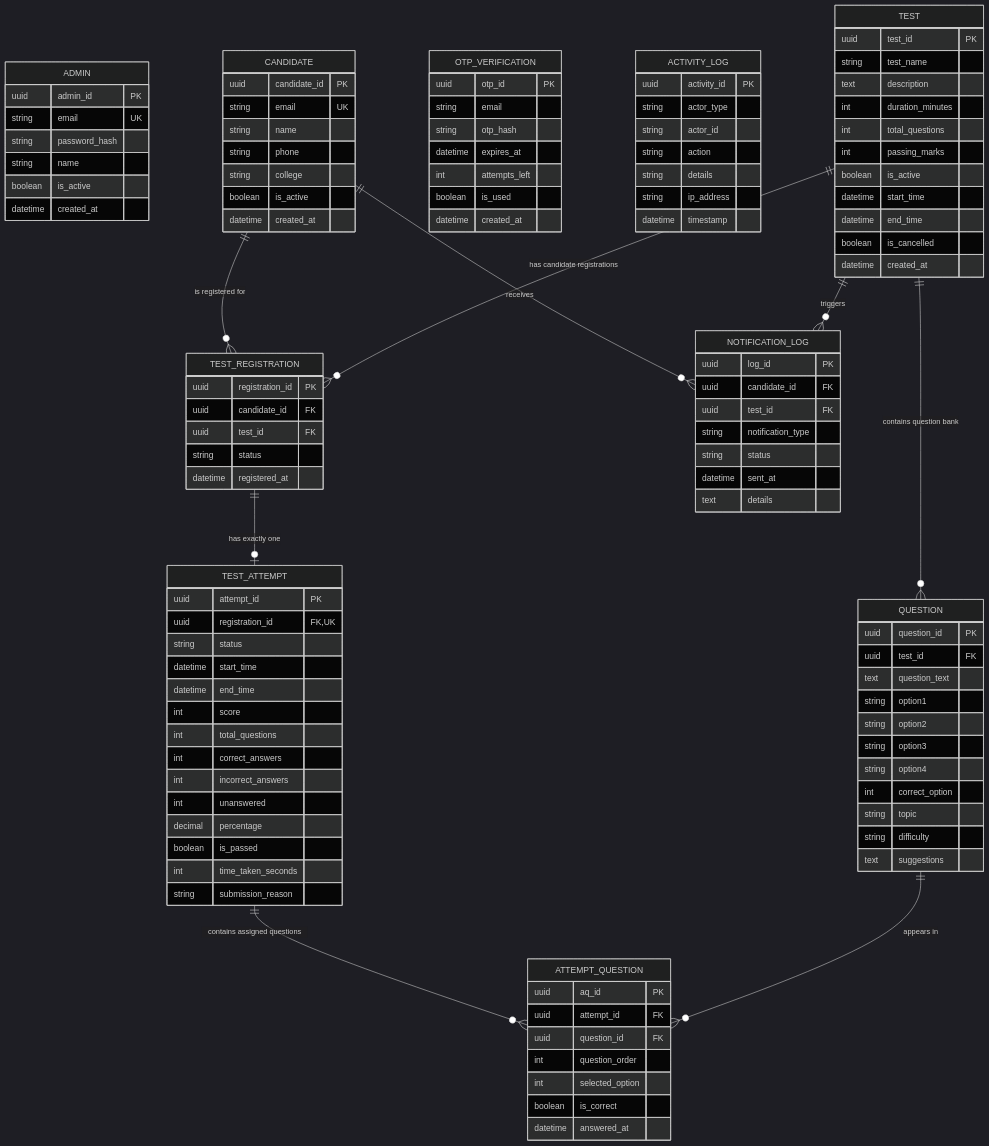
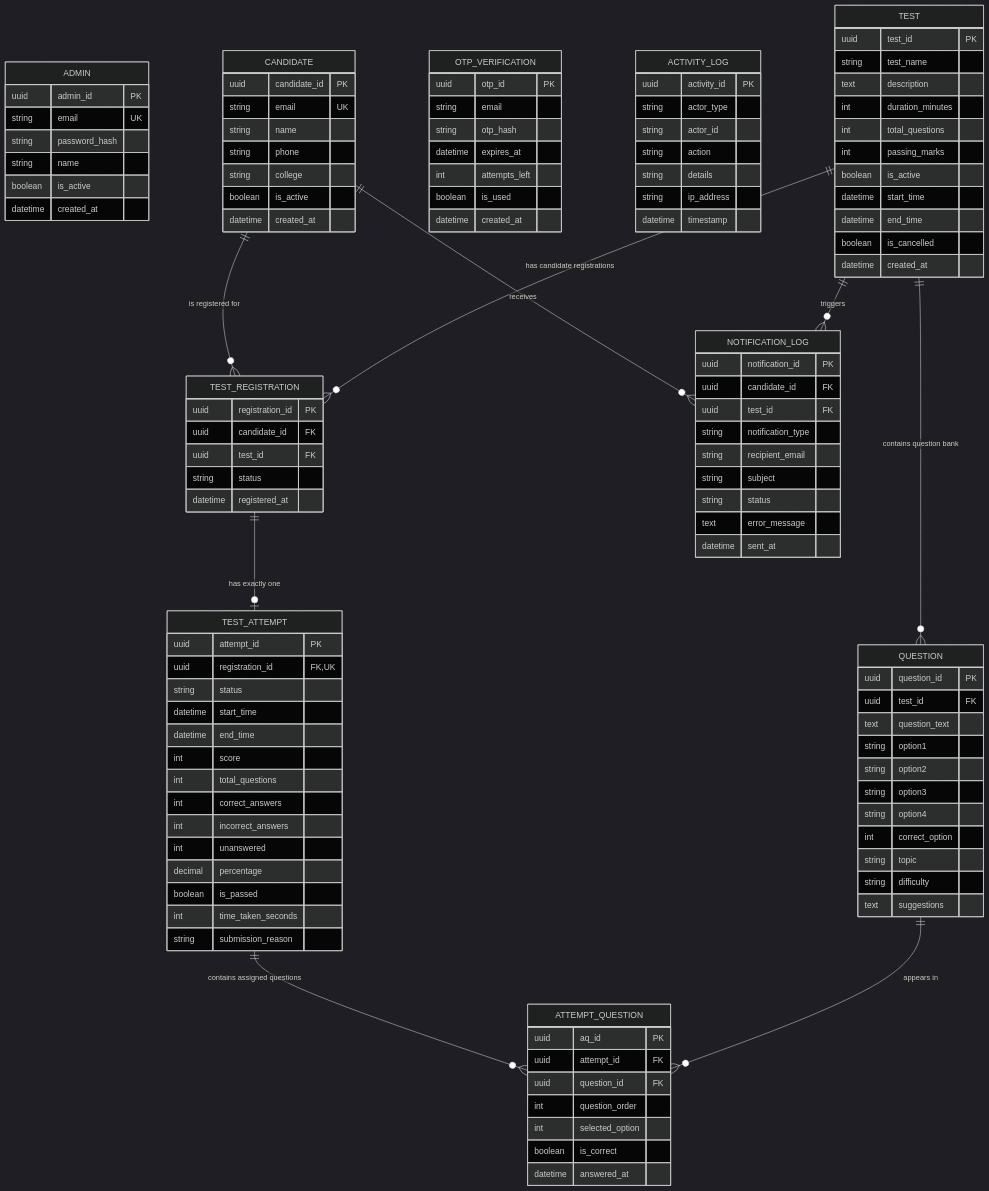
The second of 4 diagrams in docs/ARCHITECTURE.md (Ayush7kr/hire-scan), drawn with Mermaid (dark theme) before and after one commit. The commit also changed other lines of this file and 3 other files, not shown here.

Commit message:
docs: update architecture, security, and admin guides for operational monitoring and CSV defense

```diff
--- a/docs/ARCHITECTURE.md
+++ b/docs/ARCHITECTURE.md
@@ -208,13 +208,15 @@
     }
 
     NOTIFICATION_LOG {
-        uuid log_id PK
+        uuid notification_id PK
         uuid candidate_id FK
         uuid test_id FK
         string notification_type
+        string recipient_email
+        string subject
         string status
+        text error_message
         datetime sent_at
-        text details
     }
 
     CANDIDATE ||--o{ TEST_REGISTRATION : "is registered for"
```
